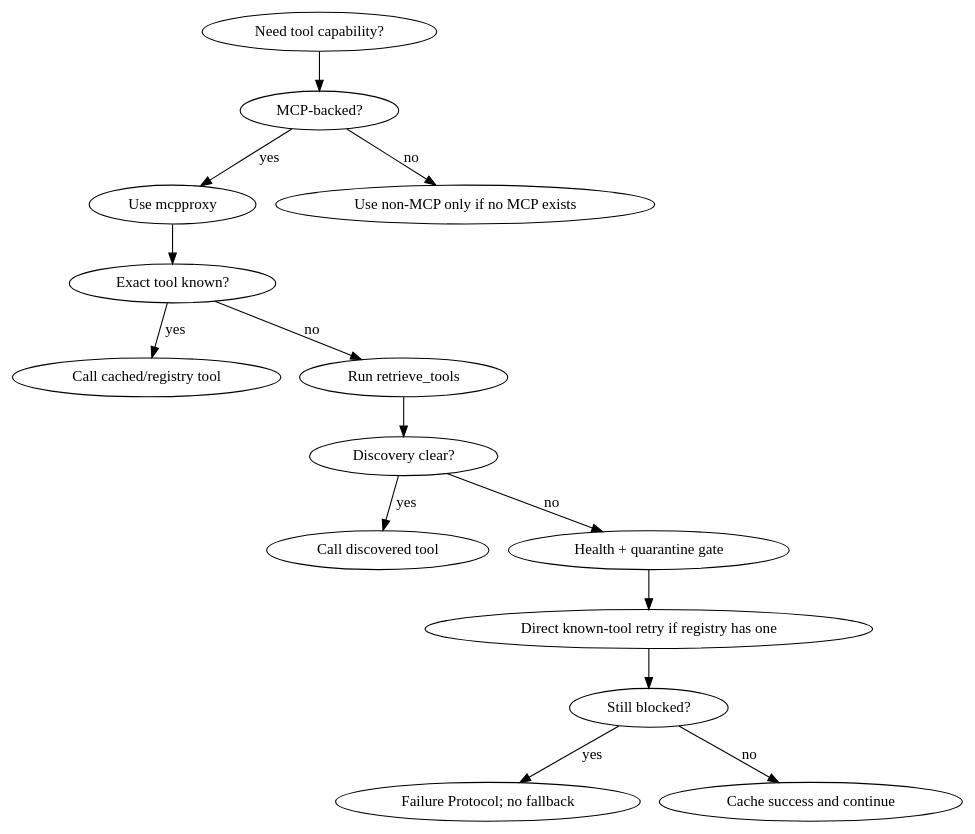
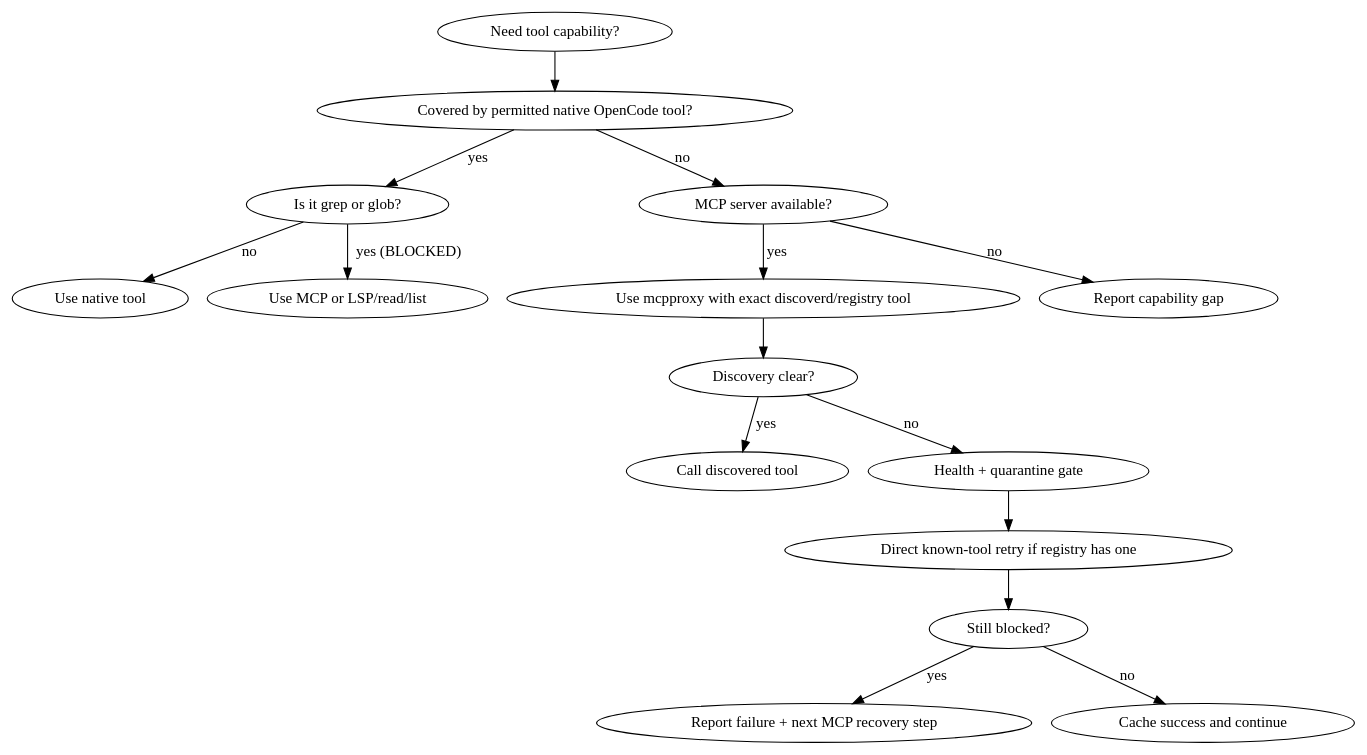
Before and after one commit to JasonLandbridge/skills: the diagram in only-use-mcp-tools/SKILL.md, drawn with Graphviz. The commit also changed other lines of this file and 2 other files, not shown here.

Commit message:
add mcp look up skill

````diff
--- a/only-use-mcp-tools/SKILL.md
+++ b/only-use-mcp-tools/SKILL.md
@@ -127,17 +154,18 @@
 ```dot
-digraph mcp_only_flow {
-  "Need tool capability?" -> "MCP-backed?";
-  "MCP-backed?" -> "Use mcpproxy" [label="yes"];
-  "MCP-backed?" -> "Use non-MCP only if no MCP exists" [label="no"];
-  "Use mcpproxy" -> "Exact tool known?";
-  "Exact tool known?" -> "Call cached/registry tool" [label="yes"];
-  "Exact tool known?" -> "Run retrieve_tools" [label="no"];
-  "Run retrieve_tools" -> "Discovery clear?";
+digraph native_first_flow {
+  "Need tool capability?" -> "Covered by permitted native OpenCode tool?";
+  "Covered by permitted native OpenCode tool?" -> "Is it grep or glob?" [label="yes"];
+  "Is it grep or glob?" -> "Use native tool" [label="no"];
+  "Is it grep or glob?" -> "Use MCP or LSP/read/list" [label="yes (BLOCKED)"];
+  "Covered by permitted native OpenCode tool?" -> "MCP server available?" [label="no"];
+  "MCP server available?" -> "Use mcpproxy with exact discoverd/registry tool" [label="yes"];
+  "MCP server available?" -> "Report capability gap" [label="no"];
+  "Use mcpproxy with exact discoverd/registry tool" -> "Discovery clear?";
   "Discovery clear?" -> "Call discovered tool" [label="yes"];
   "Discovery clear?" -> "Health + quarantine gate" [label="no"];
   "Health + quarantine gate" -> "Direct known-tool retry if registry has one";
   "Direct known-tool retry if registry has one" -> "Still blocked?";
-  "Still blocked?" -> "Failure Protocol; no fallback" [label="yes"];
+  "Still blocked?" -> "Report failure + next MCP recovery step" [label="yes"];
   "Still blocked?" -> "Cache success and continue" [label="no"];
 }
 ```
````
